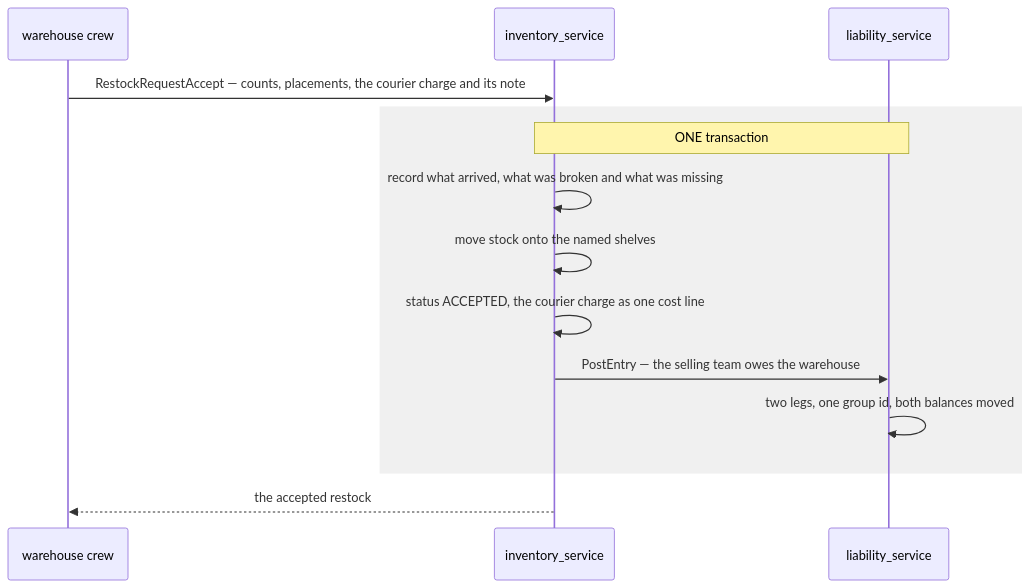
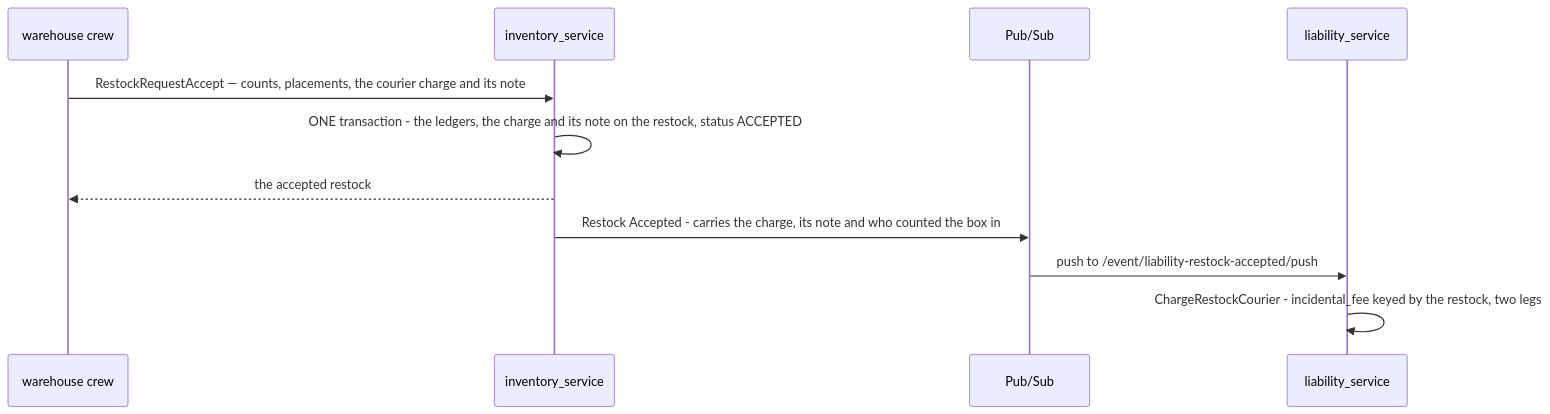
The first of 7 diagrams in docs/services/liability_service/rpc.md (pdcgo/warehouse_revamp), drawn with Mermaid before and after one commit. The commit also changed other lines of this file and 313 other files, not shown here.

````diff
--- a/docs/services/liability_service/rpc.md
+++ b/docs/services/liability_service/rpc.md
@@ -10,17 +12,14 @@
 ```mermaid
 sequenceDiagram
     participant W as warehouse crew
     participant I as inventory_service
+    participant PS as Pub/Sub
     participant S as liability_service
 
     W->>I: RestockRequestAccept — counts, placements, the courier charge and its note
-    rect rgb(240, 240, 240)
-        Note over I,S: ONE transaction
-        I->>I: record what arrived, what was broken and what was missing
-        I->>I: move stock onto the named shelves
-        I->>I: status ACCEPTED, the courier charge as one cost line
-        I->>S: PostEntry — the selling team owes the warehouse
-        S->>S: two legs, one group id, both balances moved
-    end
+    I->>I: ONE transaction - the ledgers, the charge and its note on the restock, status ACCEPTED
     I-->>W: the accepted restock
+    I->>PS: Restock Accepted - carries the charge, its note and who counted the box in
+    PS->>S: push to /event/liability-restock-accepted/push
+    S->>S: ChargeRestockCourier - incidental_fee keyed by the restock, two legs
 ```
````
